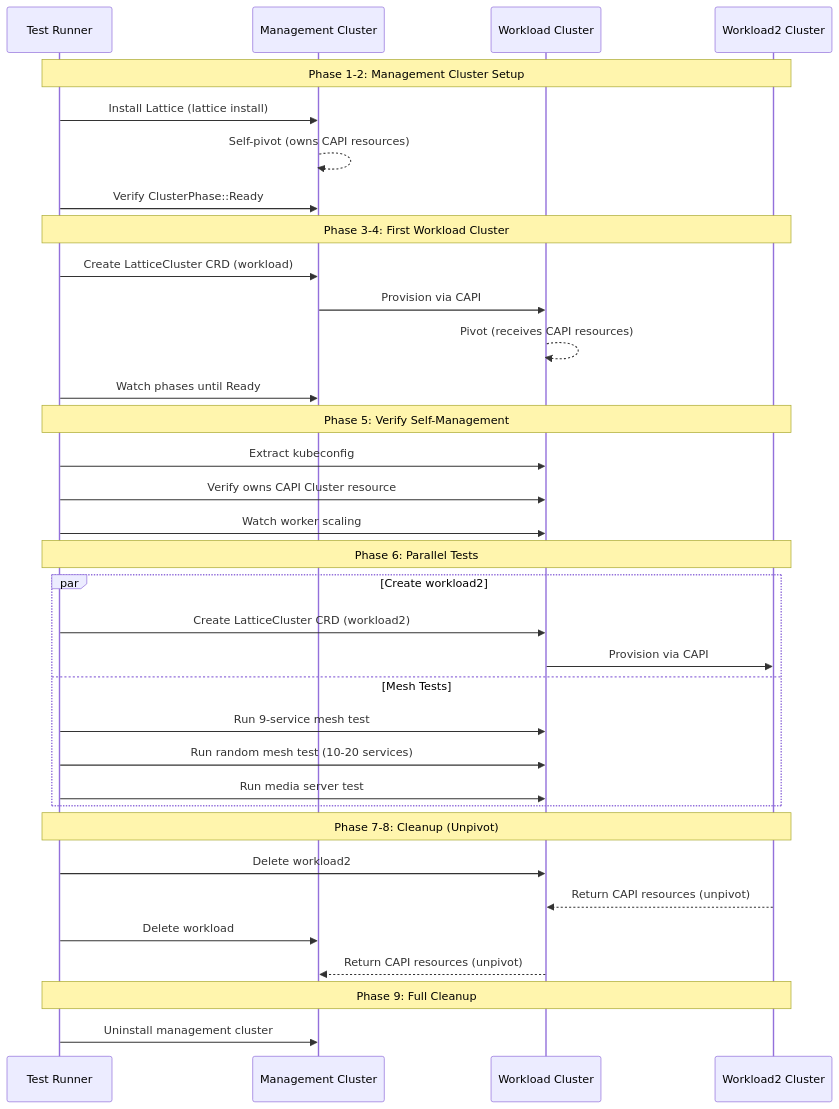
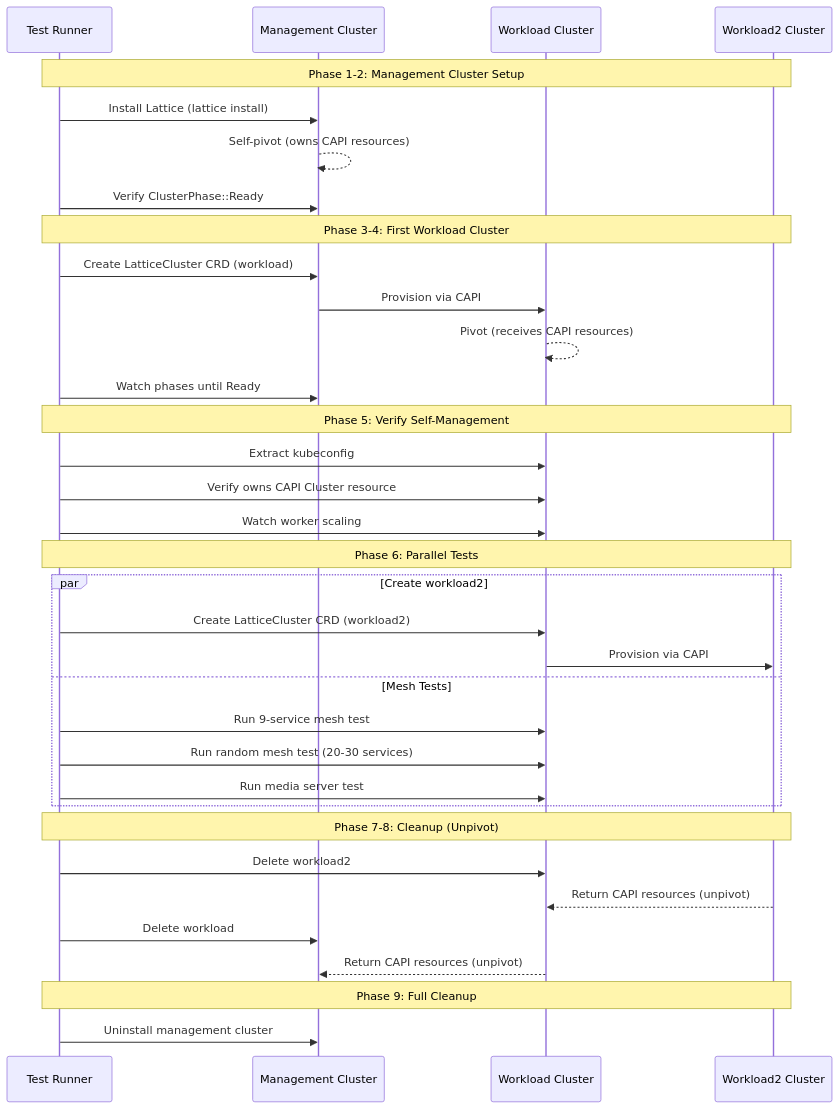
The second of 19 diagrams in docs/e2e-tests.md (evan-hines-js/lattice), drawn with Mermaid before and after one commit. The commit also changed other lines of this file and 3 other files, not shown here.

First line of the commit message:
Refactor autoscaling logic to eliminate unwraps and simplify flow

````diff
--- a/docs/e2e-tests.md
+++ b/docs/e2e-tests.md
@@ -72,42 +72,42 @@
 ```mermaid
 sequenceDiagram
     participant T as Test Runner
     participant M as Management Cluster
     participant W1 as Workload Cluster
     participant W2 as Workload2 Cluster
 
     Note over T,W2: Phase 1-2: Management Cluster Setup
     T->>M: Install Lattice (lattice install)
     M-->>M: Self-pivot (owns CAPI resources)
     T->>M: Verify ClusterPhase::Ready
 
     Note over T,W2: Phase 3-4: First Workload Cluster
     T->>M: Create LatticeCluster CRD (workload)
     M->>W1: Provision via CAPI
     W1-->>W1: Pivot (receives CAPI resources)
     T->>M: Watch phases until Ready
 
     Note over T,W2: Phase 5: Verify Self-Management
     T->>W1: Extract kubeconfig
     T->>W1: Verify owns CAPI Cluster resource
     T->>W1: Watch worker scaling
 
     Note over T,W2: Phase 6: Parallel Tests
     par Create workload2
         T->>W1: Create LatticeCluster CRD (workload2)
         W1->>W2: Provision via CAPI
     and Mesh Tests
         T->>W1: Run 9-service mesh test
-        T->>W1: Run random mesh test (10-20 services)
+        T->>W1: Run random mesh test (20-30 services)
         T->>W1: Run media server test
     end
 
     Note over T,W2: Phase 7-8: Cleanup (Unpivot)
     T->>W1: Delete workload2
     W2-->>W1: Return CAPI resources (unpivot)
     T->>M: Delete workload
     W1-->>M: Return CAPI resources (unpivot)
 
     Note over T,W2: Phase 9: Full Cleanup
     T->>M: Uninstall management cluster
 ```
````
